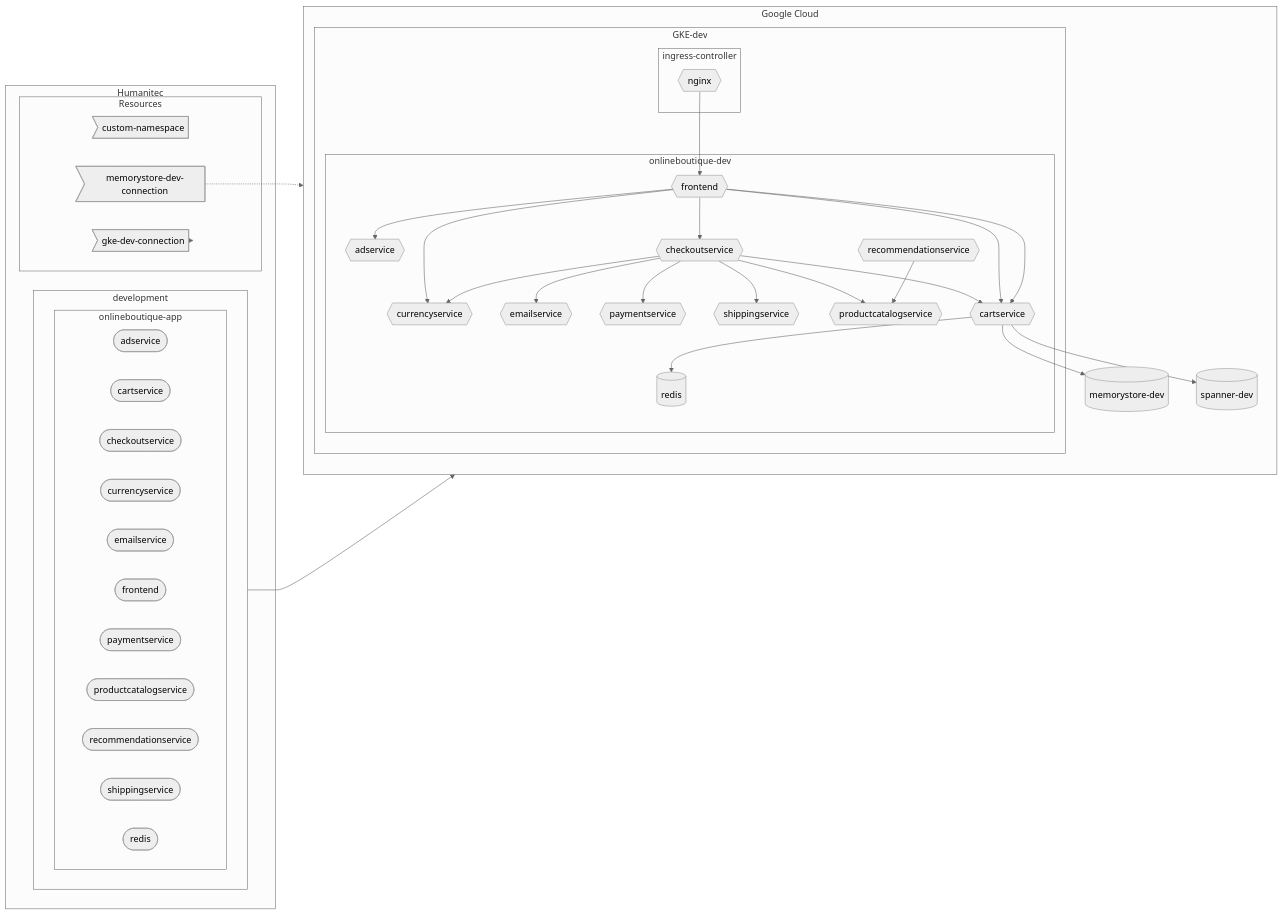
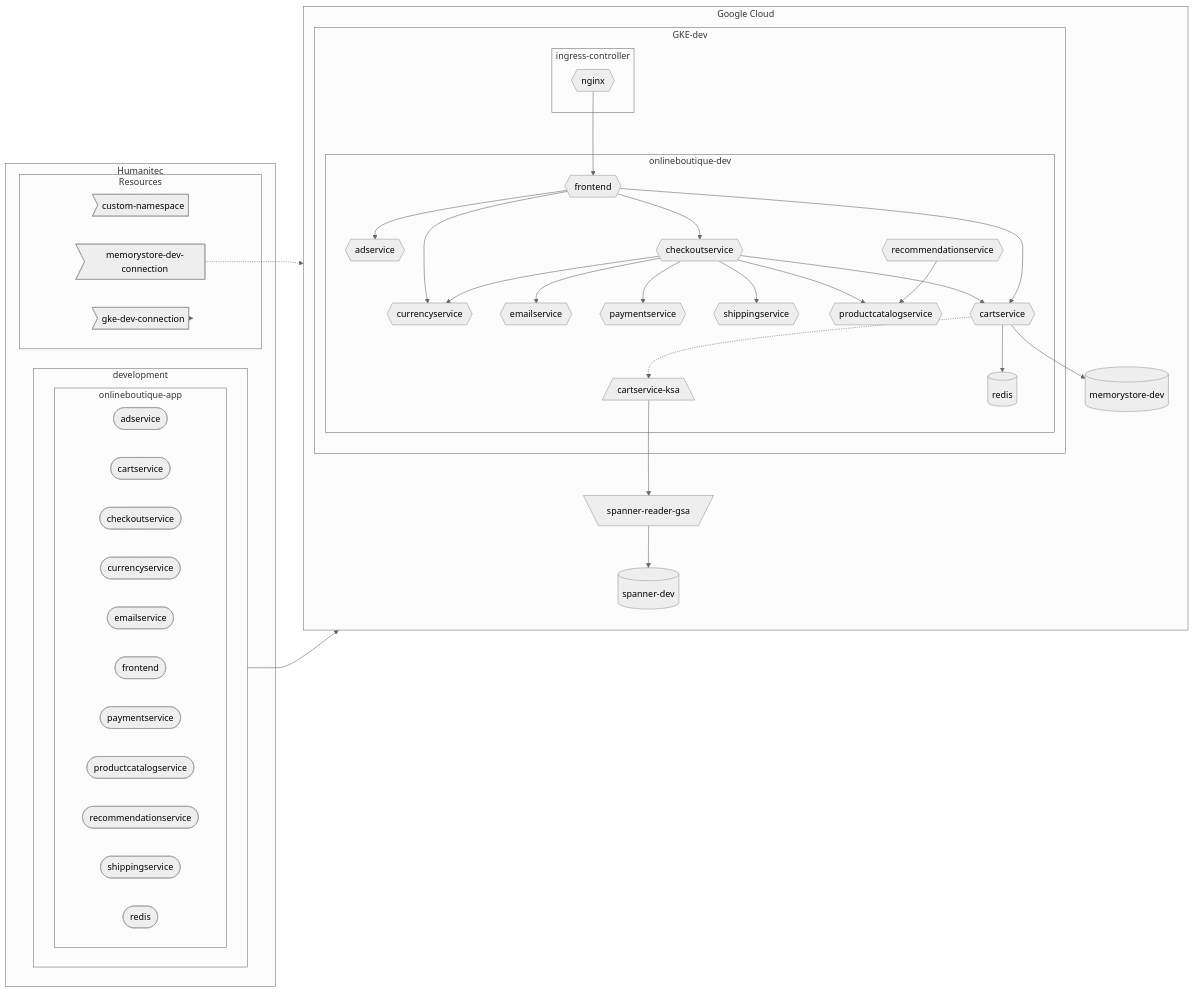
The second of 2 diagrams in README.md (mathieu-benoit/hello-humanitec), drawn with Mermaid (neutral theme) before and after one commit.

````diff
--- a/README.md
+++ b/README.md
@@ -40,56 +40,57 @@
 ```mermaid
 flowchart LR
   subgraph Humanitec
     subgraph development
         direction LR
         subgraph onlineboutique-app
             direction LR
             adservice-workload([adservice])
             cartservice-workload([cartservice])
             checkoutservice-workload([checkoutservice])
             currencyservice-workload([currencyservice])
             emailservice-workload([emailservice])
             frontend-workload([frontend])
             paymentservice-workload([paymentservice])
             productcatalogservice-workload([productcatalogservice])
             recommendationservice-workload([recommendationservice])
             shippingservice-workload([shippingservice])
             redis-workload([redis])
         end
     end
     subgraph Resources
         custom-namespace>custom-namespace]
         gke-dev-connection>gke-dev-connection]
         memorystore-dev-connection>memorystore-dev-connection]
     end
   end
   subgraph Google Cloud
     direction TB
     subgraph GKE-dev
         subgraph ingress-controller
             nginx{{nginx}}
         end
         subgraph onlineboutique-dev
             frontend{{frontend}}-->adservice{{adservice}}
             frontend-->checkoutservice{{checkoutservice}}
             frontend-->currencyservice{{currencyservice}}
             checkoutservice-->emailservice{{emailservice}}
             checkoutservice-->paymentservice{{paymentservice}}
             checkoutservice-->currencyservice
             checkoutservice-->shippingservice{{shippingservice}}
             checkoutservice-->productcatalogservice{{productcatalogservice}}
-            checkoutservice-->cartservice
+            checkoutservice-->cartservice{{cartservice}}
             frontend-->cartservice
-            frontend-->cartservice
-            cartservice{{cartservice}}-->redis[(redis)]
             recommendationservice{{recommendationservice}}-->productcatalogservice
+            cartservice-.->cartservice-ksa[/cartservice-ksa\]
+            cartservice-->redis[(redis)]
         end
         nginx-->frontend
     end
     gke-dev-connection-.->GKE-dev
     memorystore-dev-connection-.->memorystore-dev[(memorystore-dev)]
     onlineboutique-app-->onlineboutique-dev
     cartservice-->memorystore-dev
-    cartservice-->spanner-dev[(spanner-dev)]
+    spanner-reader-gsa-->spanner-dev[(spanner-dev)]
+    cartservice-ksa-->spanner-reader-gsa[\spanner-reader-gsa/]
   end
 ```
````
